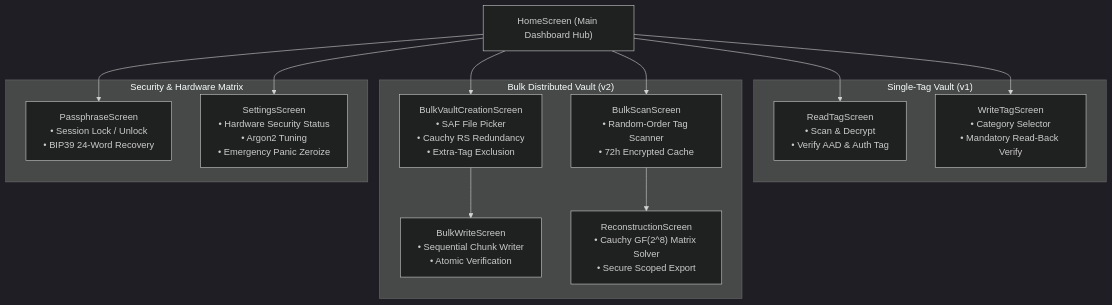
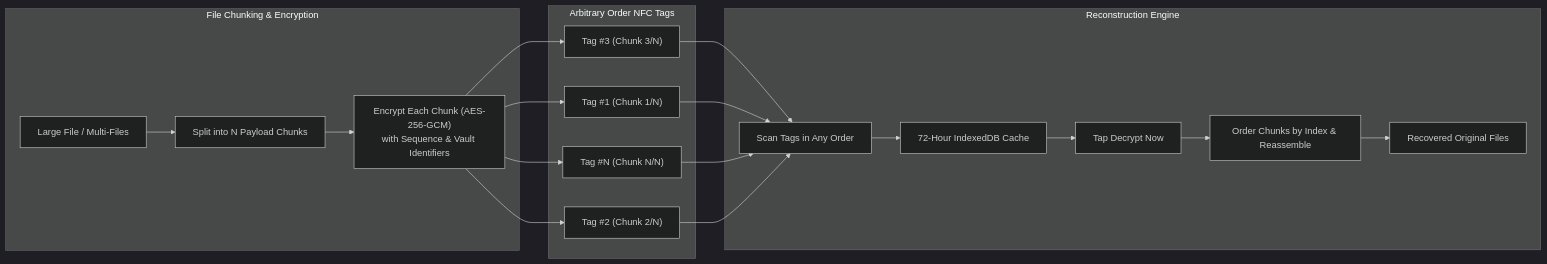
Before and after one commit to FROSTY-MUG/Ghost-Tag: the fourth of 6 diagrams in README.md, drawn with Mermaid (dark theme). The commit also changed other lines of this file and 20 other files, not shown here.

````diff
--- a/README.md
+++ b/README.md
@@ -243,31 +159,37 @@
 ```mermaid
-flowchart TD
-    Home["HomeScreen (Main Dashboard Hub)"]
-
-    subgraph SingleVault["Single-Tag Vault (v1)"]
-        ReadTag["ReadTagScreen<br/>• Scan & Decrypt<br/>• Verify AAD & Auth Tag"]
-        WriteTag["WriteTagScreen<br/>• Category Selector<br/>• Mandatory Read-Back Verify"]
+flowchart LR
+    subgraph FileSlice["File Chunking & Encryption"]
+        LargeFile["Large File / Multi-Files"] --> SplitChunks["Split into N Payload Chunks"]
+        SplitChunks --> EncryptChunks["Encrypt Each Chunk (AES-256-GCM)<br/>with Sequence & Vault Identifiers"]
     end
 
-    subgraph BulkVault["Bulk Distributed Vault (v2)"]
-        BulkCreate["BulkVaultCreationScreen<br/>• SAF File Picker<br/>• Cauchy RS Redundancy<br/>• Extra-Tag Exclusion"]
-        BulkWrite["BulkWriteScreen<br/>• Sequential Chunk Writer<br/>• Atomic Verification"]
-        BulkScan["BulkScanScreen<br/>• Random-Order Tag Scanner<br/>• 72h Encrypted Cache"]
-        Reconstruct["ReconstructionScreen<br/>• Cauchy GF(2^8) Matrix Solver<br/>• Secure Scoped Export"]
+    subgraph PhysicalTags["Arbitrary Order NFC Tags"]
+        Tag3["Tag #3 (Chunk 3/N)"]
+        Tag1["Tag #1 (Chunk 1/N)"]
+        TagN["Tag #N (Chunk N/N)"]
+        Tag2["Tag #2 (Chunk 2/N)"]
     end
 
-    subgraph SecurityHub["Security & Hardware Matrix"]
-        Passphrase["PassphraseScreen<br/>• Session Lock / Unlock<br/>• BIP39 24-Word Recovery"]
-        Settings["SettingsScreen<br/>• Hardware Security Status<br/>• Argon2 Tuning<br/>• Emergency Panic Zeroize"]
+    subgraph Reconstruction["Reconstruction Engine"]
+        ScanLoop["Scan Tags in Any Order"]
+        Cache["72-Hour IndexedDB Cache"]
+        DecryptAction["Tap Decrypt Now"]
+        Reassemble["Order Chunks by Index & Reassemble"]
+        RecoveredFile["Recovered Original Files"]
     end
 
-    Home --> ReadTag
-    Home --> WriteTag
-    Home --> BulkCreate
-    Home --> BulkScan
-    Home --> Passphrase
-    Home --> Settings
+    EncryptChunks --> Tag3
+    EncryptChunks --> Tag1
+    EncryptChunks --> TagN
+    EncryptChunks --> Tag2
 
-    BulkCreate --> BulkWrite
-    BulkScan --> Reconstruct
+    Tag3 --> ScanLoop
+    Tag1 --> ScanLoop
+    TagN --> ScanLoop
+    Tag2 --> ScanLoop
+
+    ScanLoop --> Cache
+    Cache --> DecryptAction
+    DecryptAction --> Reassemble
+    Reassemble --> RecoveredFile
 ```
````
